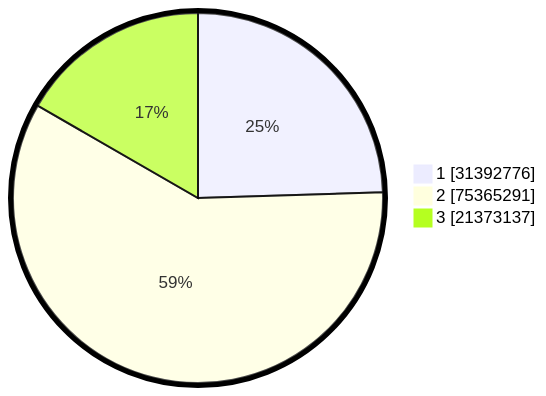
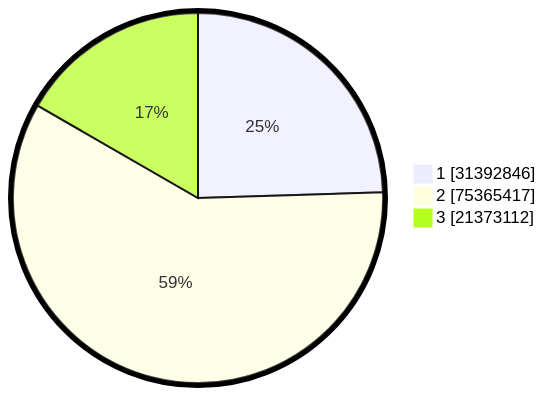
One commit to gigit-pemilu/pemilu-2024 changed the second of 2 diagrams in pilpres/hitung-suara/README.md. Above: the diagram before and after it, drawn with Mermaid. The commit also changed other lines of this file and 10 other files, not shown here.

````diff
--- a/pilpres/hitung-suara/README.md
+++ b/pilpres/hitung-suara/README.md
@@ -93,7 +93,7 @@
 ```mermaid
 %%{init: {"pie": {"textPosition": 0.5}, "themeVariables": {"pieOuterStrokeWidth": "5px"}} }%%
 pie showData
-    "1" : 31392776
-    "2" : 75365291
-    "3" : 21373137
+    "1" : 31392846
+    "2" : 75365417
+    "3" : 21373112
 ```
````
